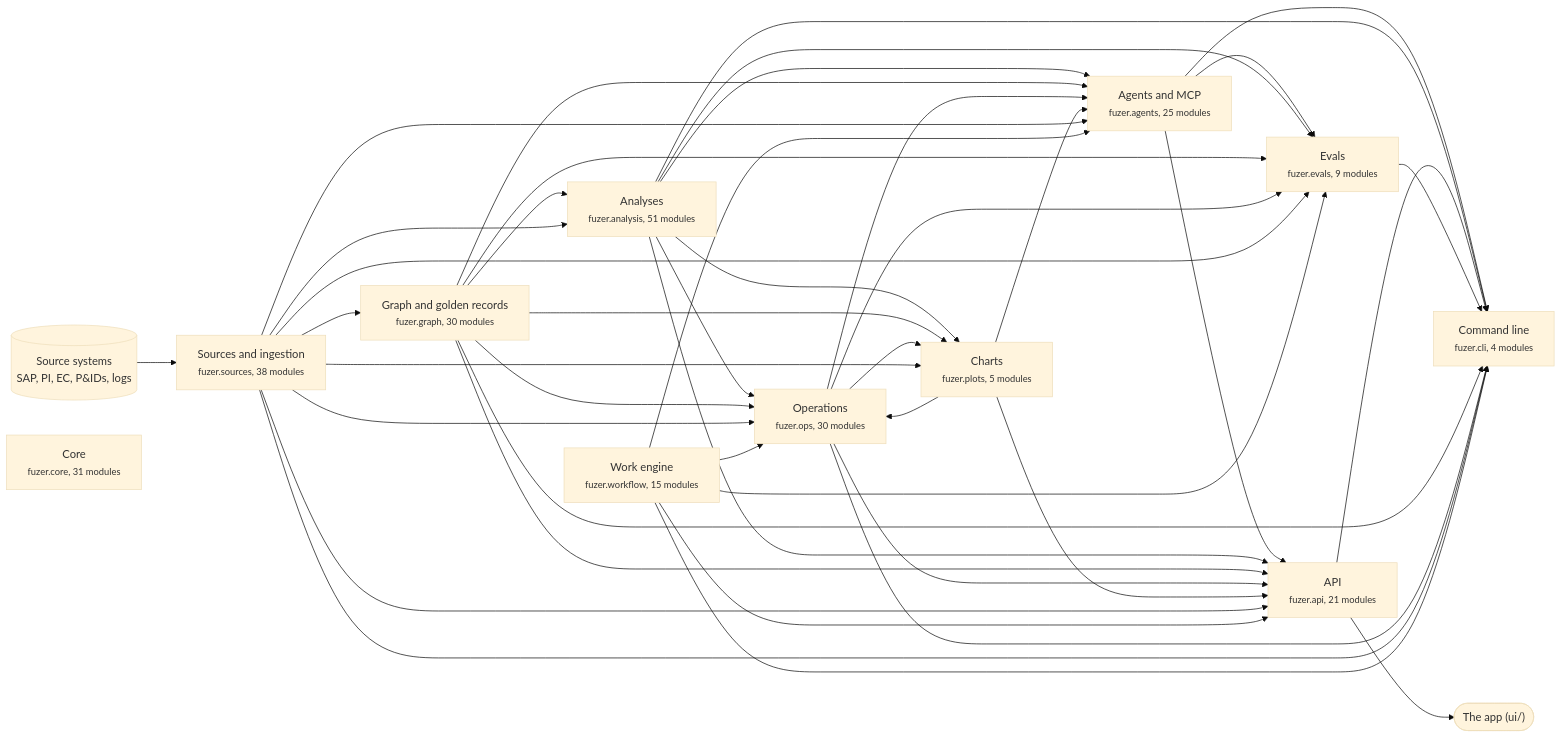
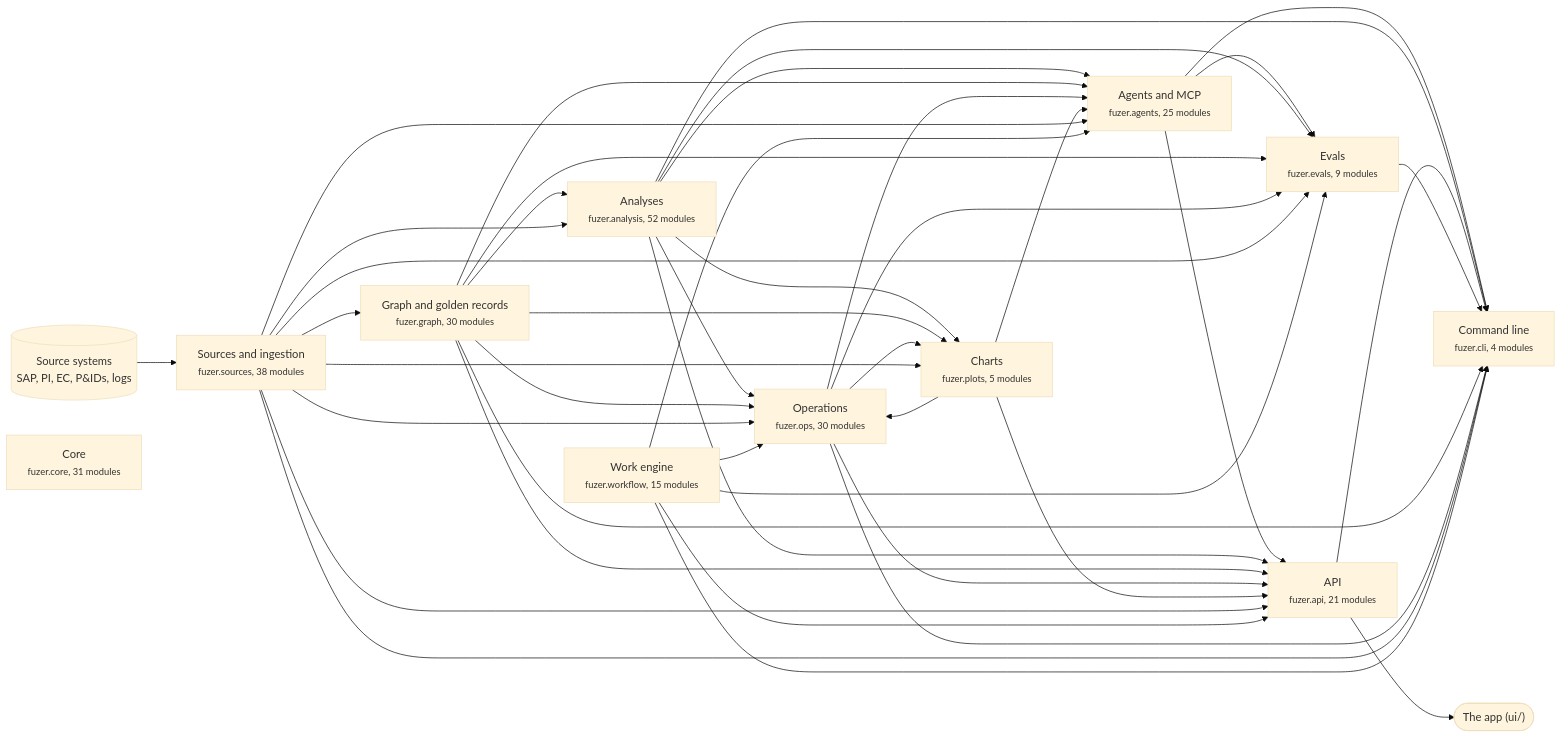
Before and after one commit to areed145/fuzer: the first of 3 diagrams in docs/architecture.md, drawn with Mermaid (base theme). The commit also changed other lines of this file and 22 other files, not shown here.

````diff
--- a/docs/architecture.md
+++ b/docs/architecture.md
@@ -8,67 +8,67 @@
 ```mermaid
 flowchart LR
   systems[("Source systems<br>SAP, PI, EC, P&IDs, logs")] --> c_sources
   app(["The app (ui/)"])
   c_api --> app
   c_sources["Sources and ingestion<br><small>fuzer.sources, 38 modules</small>"]
   c_graph["Graph and golden records<br><small>fuzer.graph, 30 modules</small>"]
-  c_analysis["Analyses<br><small>fuzer.analysis, 51 modules</small>"]
+  c_analysis["Analyses<br><small>fuzer.analysis, 52 modules</small>"]
   c_ops["Operations<br><small>fuzer.ops, 30 modules</small>"]
   c_plots["Charts<br><small>fuzer.plots, 5 modules</small>"]
   c_workflow["Work engine<br><small>fuzer.workflow, 15 modules</small>"]
   c_agents["Agents and MCP<br><small>fuzer.agents, 25 modules</small>"]
   c_evals["Evals<br><small>fuzer.evals, 9 modules</small>"]
   c_api["API<br><small>fuzer.api, 21 modules</small>"]
   c_cli["Command line<br><small>fuzer.cli, 4 modules</small>"]
   c_core["Core<br><small>fuzer.core, 31 modules</small>"]
   c_sources --> c_graph
   c_graph --> c_analysis
   c_sources --> c_analysis
   c_analysis --> c_ops
   c_graph --> c_ops
   c_plots --> c_ops
   c_sources --> c_ops
   c_workflow --> c_ops
   c_analysis --> c_plots
   c_graph --> c_plots
   c_ops --> c_plots
   c_sources --> c_plots
   c_analysis --> c_agents
   c_graph --> c_agents
   c_ops --> c_agents
   c_plots --> c_agents
   c_sources --> c_agents
   c_workflow --> c_agents
   c_agents --> c_evals
   c_analysis --> c_evals
   c_graph --> c_evals
   c_ops --> c_evals
   c_sources --> c_evals
   c_workflow --> c_evals
   c_agents --> c_api
   c_analysis --> c_api
   c_graph --> c_api
   c_ops --> c_api
   c_plots --> c_api
   c_sources --> c_api
   c_workflow --> c_api
   c_agents --> c_cli
   c_analysis --> c_cli
   c_api --> c_cli
   c_evals --> c_cli
   c_graph --> c_cli
   c_ops --> c_cli
   c_sources --> c_cli
   c_workflow --> c_cli
   click c_sources "https://github.com/areed145/fuzer/tree/main/src/fuzer/sources"
   click c_graph "https://github.com/areed145/fuzer/tree/main/src/fuzer/graph"
   click c_analysis "https://github.com/areed145/fuzer/tree/main/src/fuzer/analysis"
   click c_ops "https://github.com/areed145/fuzer/tree/main/src/fuzer/ops"
   click c_plots "https://github.com/areed145/fuzer/tree/main/src/fuzer/plots"
   click c_workflow "https://github.com/areed145/fuzer/tree/main/src/fuzer/workflow"
   click c_agents "https://github.com/areed145/fuzer/tree/main/src/fuzer/agents"
   click c_evals "https://github.com/areed145/fuzer/tree/main/src/fuzer/evals"
   click c_api "https://github.com/areed145/fuzer/tree/main/src/fuzer/api"
   click c_cli "https://github.com/areed145/fuzer/tree/main/src/fuzer/cli"
   click c_core "https://github.com/areed145/fuzer/tree/main/src/fuzer/core"
 ```
````
